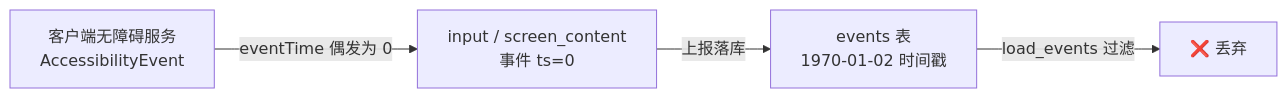
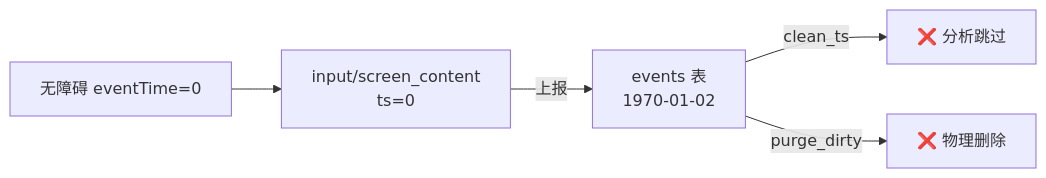
Before and after one commit to weweaq/WithLangGraph: the third of 9 diagrams in docs/etl-cleaning-guide.md, drawn with Mermaid. The commit also changed other lines of this file and 1 other file, not shown here.

````diff
--- a/docs/etl-cleaning-guide.md
+++ b/docs/etl-cleaning-guide.md
@@ -75,6 +87,7 @@
 ```mermaid
 flowchart LR
-    A[客户端无障碍服务<br/>AccessibilityEvent] -->|eventTime 偶发为 0| B[input / screen_content<br/>事件 ts=0]
-    B -->|上报落库| C[events 表<br/>1970-01-02 时间戳]
-    C -->|load_events 过滤| D[❌ 丢弃]
+    A[无障碍 eventTime=0] --> B[input/screen_content<br/>ts=0]
+    B -->|上报| C[events 表<br/>1970-01-02]
+    C -->|clean_ts| D[❌ 分析跳过]
+    C -->|purge_dirty| E[❌ 物理删除]
 ```
````
